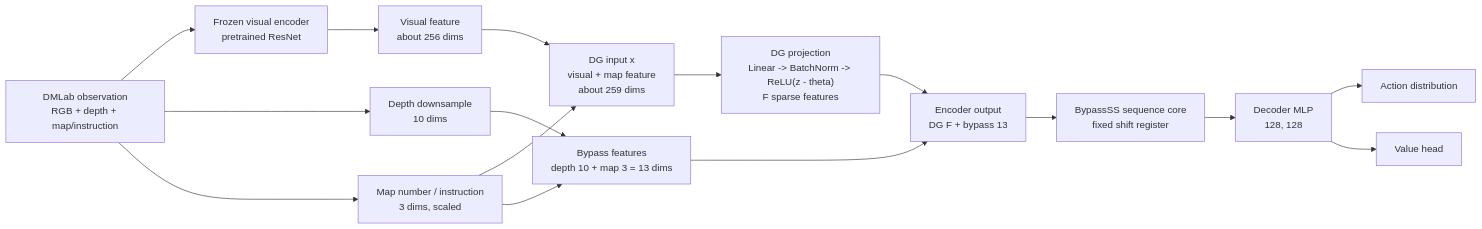
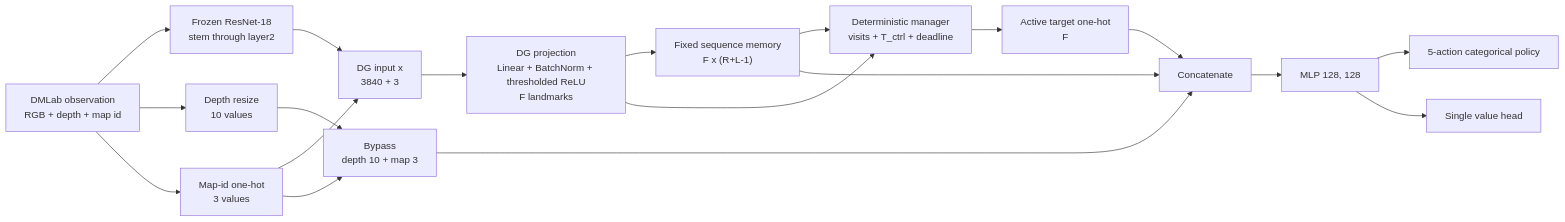
The first of 4 diagrams in 04_implementation/current_hrl_architecture_summary.md (xiaoxionglin/IntrMotiv), drawn with Mermaid before and after one commit. The commit also changed other lines of this file and 14 other files, not shown here.

Commit message:
docs: add IntrMotiv HRL architecture and batch records

````diff
--- a/04_implementation/current_hrl_architecture_summary.md
+++ b/04_implementation/current_hrl_architecture_summary.md
@@ -44,23 +49,21 @@
 ```mermaid
 flowchart LR
-    Obs["DMLab observation<br/>RGB + depth + map/instruction"] --> Enc["Frozen visual encoder<br/>pretrained ResNet"]
-    Obs --> Depth["Depth downsample<br/>10 dims"]
-    Obs --> Instr["Map number / instruction<br/>3 dims, scaled"]
-
-    Enc --> X["Visual feature<br/>about 256 dims"]
-    Instr --> Xcat["DG input x<br/>visual + map feature<br/>about 259 dims"]
-    X --> Xcat
-
-    Xcat --> DG["DG projection<br/>Linear -> BatchNorm -> ReLU(z - theta)<br/>F sparse features"]
-
-    Depth --> Bypass["Bypass features<br/>depth 10 + map 3 = 13 dims"]
-    Instr --> Bypass
-
-    DG --> Head["Encoder output<br/>DG F + bypass 13"]
-    Bypass --> Head
-
-    Head --> Core["BypassSS sequence core<br/>fixed shift register"]
-    Core --> Dec["Decoder MLP<br/>128, 128"]
-    Dec --> Policy["Action distribution"]
-    Dec --> Value["Value head"]
+    O["DMLab observation<br/>RGB + depth + map id"] --> V["Frozen ResNet-18<br/>stem through layer2"]
+    O --> Z["Depth resize<br/>10 values"]
+    O --> I["Map-id one-hot<br/>3 values"]
+    V --> X["DG input x<br/>3840 + 3"]
+    I --> X
+    X --> DG["DG projection<br/>Linear + BatchNorm + thresholded ReLU<br/>F landmarks"]
+    Z --> B["Bypass<br/>depth 10 + map 3"]
+    I --> B
+    DG --> S["Fixed sequence memory<br/>F x (R+L-1)"]
+    DG --> M["Deterministic manager<br/>visits + T_ctrl + deadline"]
+    S --> M
+    M --> G["Active target one-hot<br/>F"]
+    S --> C["Concatenate"]
+    B --> C
+    G --> C
+    C --> D["MLP 128, 128"]
+    D --> PI["5-action categorical policy"]
+    D --> VAL["Single value head"]
 ```
````
